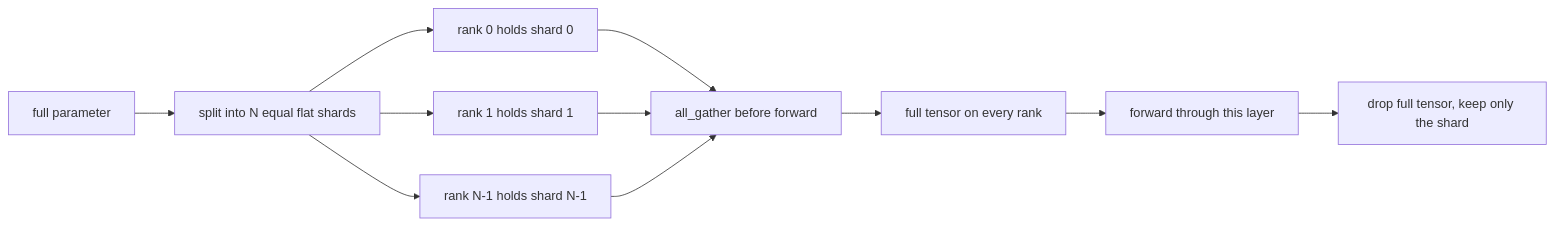
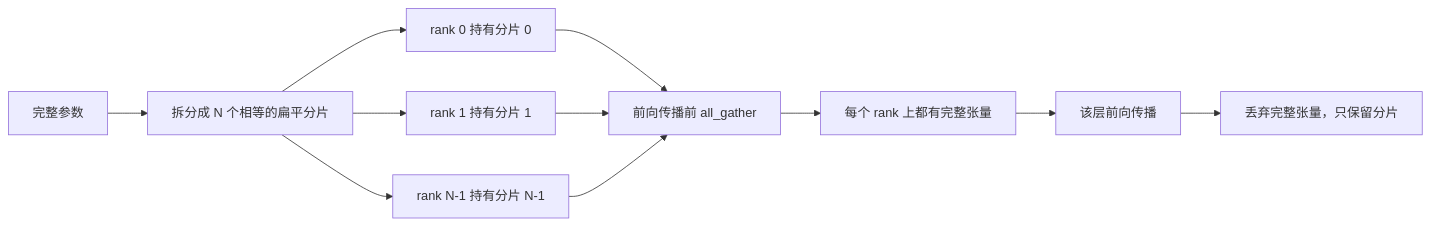
The second of 2 diagrams in lessons/19-capstone-projects/48-distributed-fsdp-ddp/docs/zh.md (guangningsun/ailearning), drawn with Mermaid before and after one commit. The commit also changed other lines of this file and 85 other files, not shown here.

````diff
--- a/lessons/19-capstone-projects/48-distributed-fsdp-ddp/docs/zh.md
+++ b/lessons/19-capstone-projects/48-distributed-fsdp-ddp/docs/zh.md
@@ -57,13 +57,13 @@
 ```mermaid
 flowchart LR
-  param[full parameter] --> split[split into N equal flat shards]
-  split --> r0[rank 0 holds shard 0]
-  split --> r1[rank 1 holds shard 1]
-  split --> rN[rank N-1 holds shard N-1]
-  r0 --> gather[all_gather before forward]
+  param[完整参数] --> split[拆分成 N 个相等的扁平分片]
+  split --> r0[rank 0 持有分片 0]
+  split --> r1[rank 1 持有分片 1]
+  split --> rN[rank N-1 持有分片 N-1]
+  r0 --> gather[前向传播前 all_gather]
   r1 --> gather
   rN --> gather
-  gather --> full[full tensor on every rank]
-  full --> fwd[forward through this layer]
-  fwd --> drop[drop full tensor, keep only the shard]
+  gather --> full[每个 rank 上都有完整张量]
+  full --> fwd[该层前向传播]
+  fwd --> drop[丢弃完整张量，只保留分片]
 ```
````
